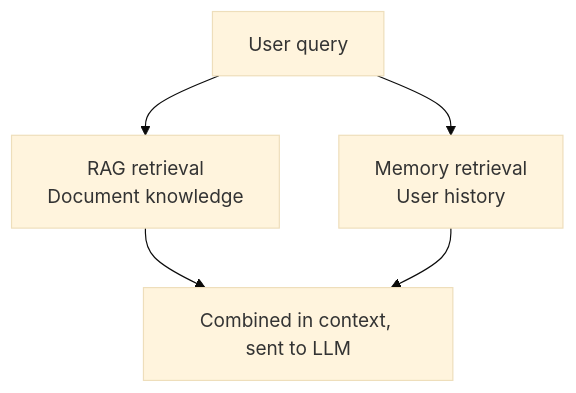
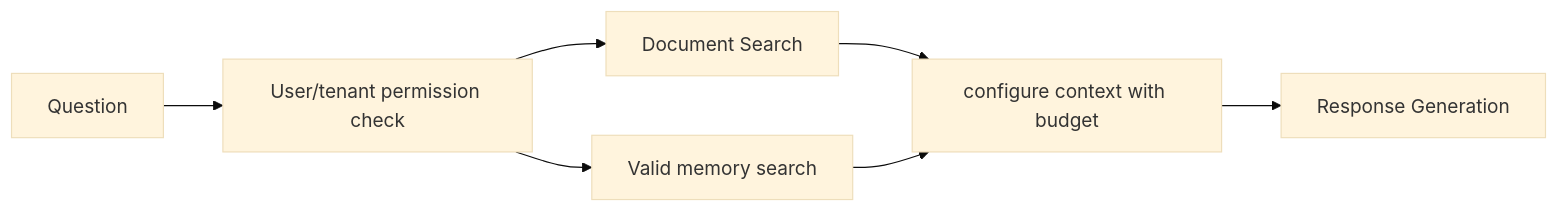
Before and after one commit to TaeHunKim/AIEngineeringLLMWiki: the diagram in wiki/en/AI/Engineering/Context_Engineering/LLM_Memory.md, drawn with Mermaid (base theme). The commit also changed other lines of this file and 48 other files, not shown here.

````diff
--- a/wiki/en/AI/Engineering/Context_Engineering/LLM_Memory.md
+++ b/wiki/en/AI/Engineering/Context_Engineering/LLM_Memory.md
@@ -257,7 +68,9 @@
 ```mermaid
-flowchart TD
-    Q[User query] --> R["RAG retrieval<br/>Document knowledge"]
-    Q --> M["Memory retrieval<br/>User history"]
-    R --> C["Combined in context, sent to LLM"]
-    M --> C
+flowchart LR
+    Q[Question] --> ACL["User/tenant permission check"]
+    ACL --> DOC["Document Search"]
+    ACL --> MEM["Valid memory search"]
+    DOC --> CTX["configure context with budget"]
+    MEM --> CTX
+    CTX --> LLM[Response Generation]
 ```
````
